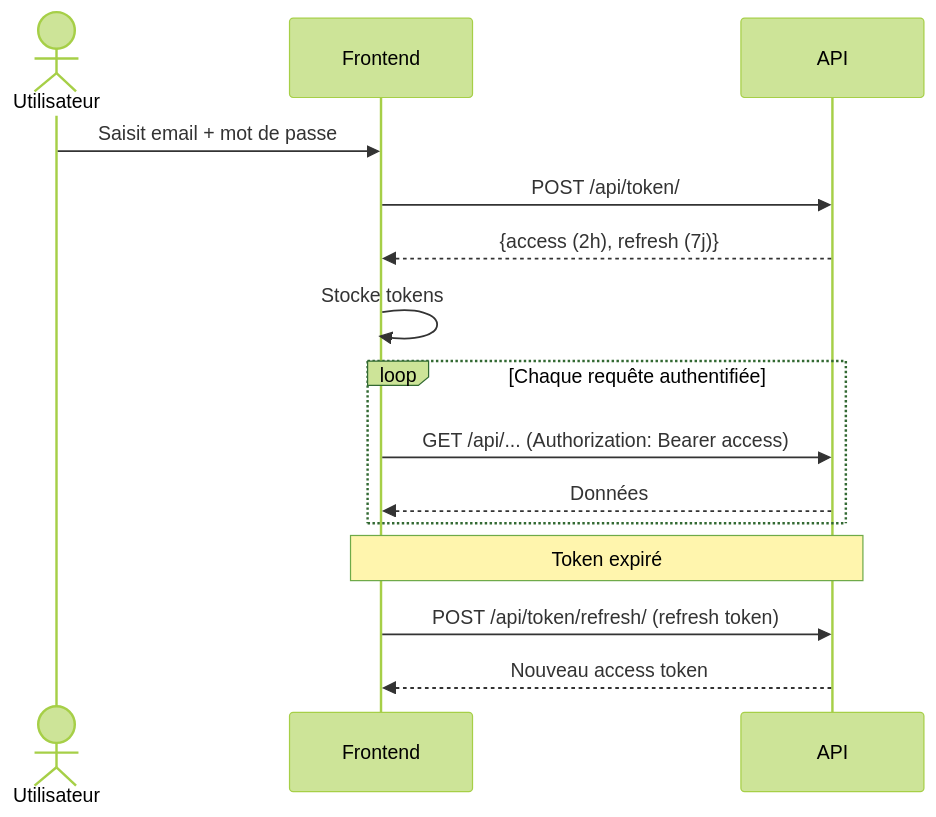
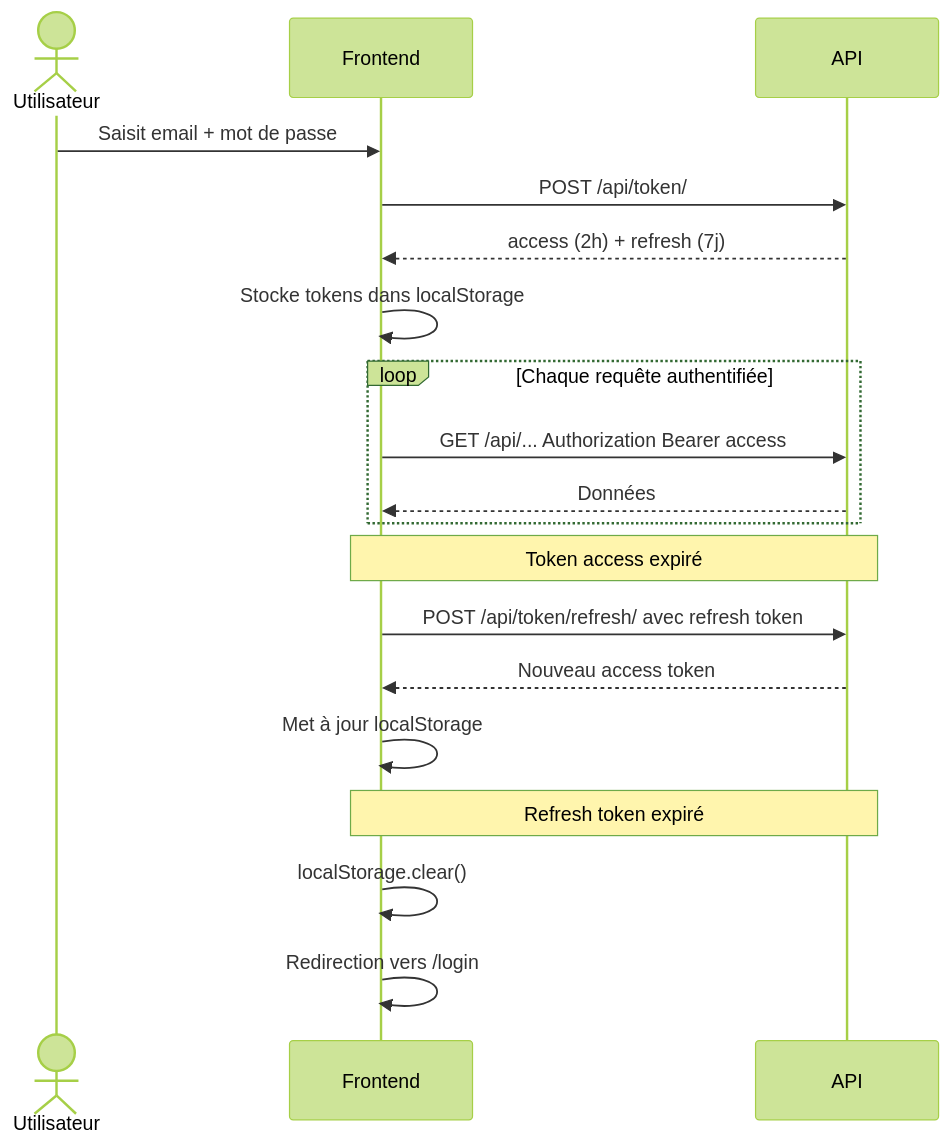
The eighth of 8 diagrams in DIAGRAMMES.md (delfa25/anti-plagiat), drawn with Mermaid (forest theme) before and after one commit. The commit also changed other lines of this file and 1 other file, not shown here.

Commit message:
docs: suppression doublons DIAGRAMMES.md, reorganisation RAPPORT_NOTES.md

````diff
--- a/DIAGRAMMES.md
+++ b/DIAGRAMMES.md
@@ -283,20 +416,25 @@
 ```mermaid
 sequenceDiagram
     actor Utilisateur
     participant Frontend
     participant API
 
     Utilisateur->>Frontend: Saisit email + mot de passe
     Frontend->>API: POST /api/token/
-    API-->>Frontend: {access (2h), refresh (7j)}
-    Frontend->>Frontend: Stocke tokens
+    API-->>Frontend: access (2h) + refresh (7j)
+    Frontend->>Frontend: Stocke tokens dans localStorage
 
     loop Chaque requête authentifiée
-        Frontend->>API: GET /api/... (Authorization: Bearer access)
+        Frontend->>API: GET /api/... Authorization Bearer access
         API-->>Frontend: Données
     end
 
-    Note over Frontend,API: Token expiré
-    Frontend->>API: POST /api/token/refresh/ (refresh token)
+    Note over Frontend,API: Token access expiré
+    Frontend->>API: POST /api/token/refresh/ avec refresh token
     API-->>Frontend: Nouveau access token
+    Frontend->>Frontend: Met à jour localStorage
+
+    Note over Frontend,API: Refresh token expiré
+    Frontend->>Frontend: localStorage.clear()
+    Frontend->>Frontend: Redirection vers /login
 ```
````
